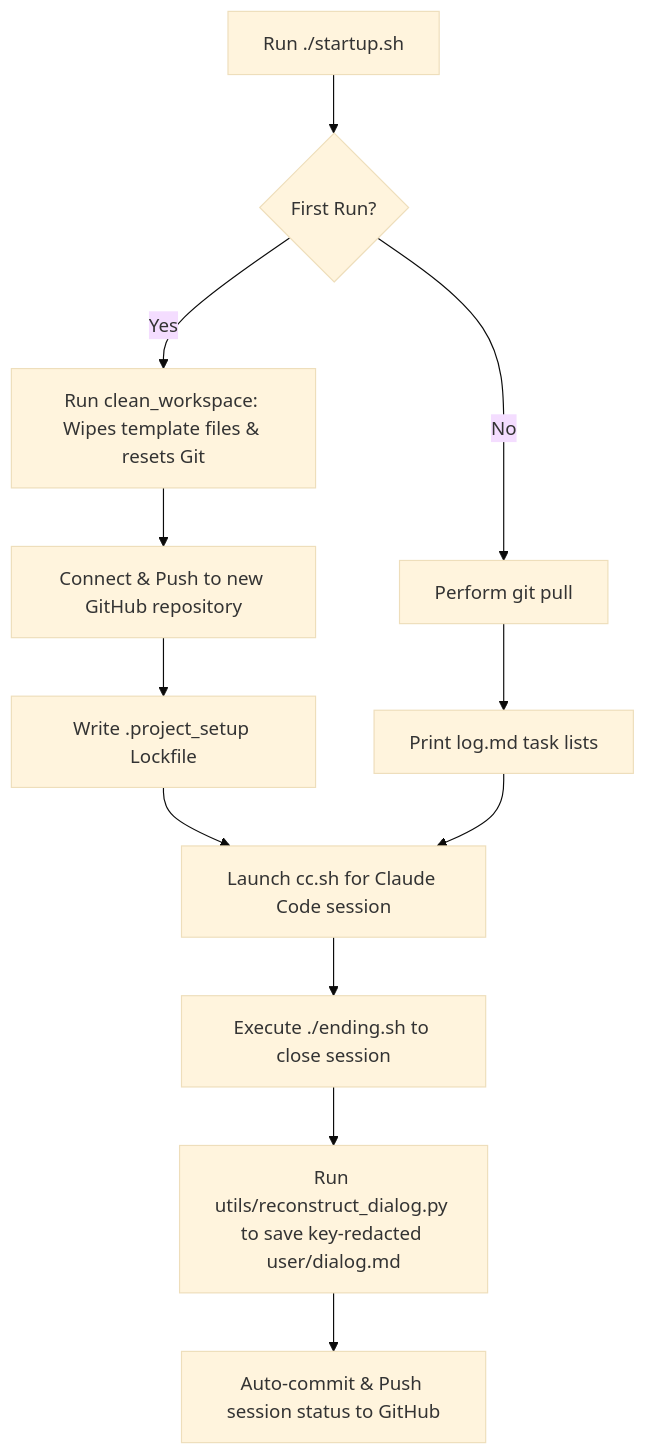
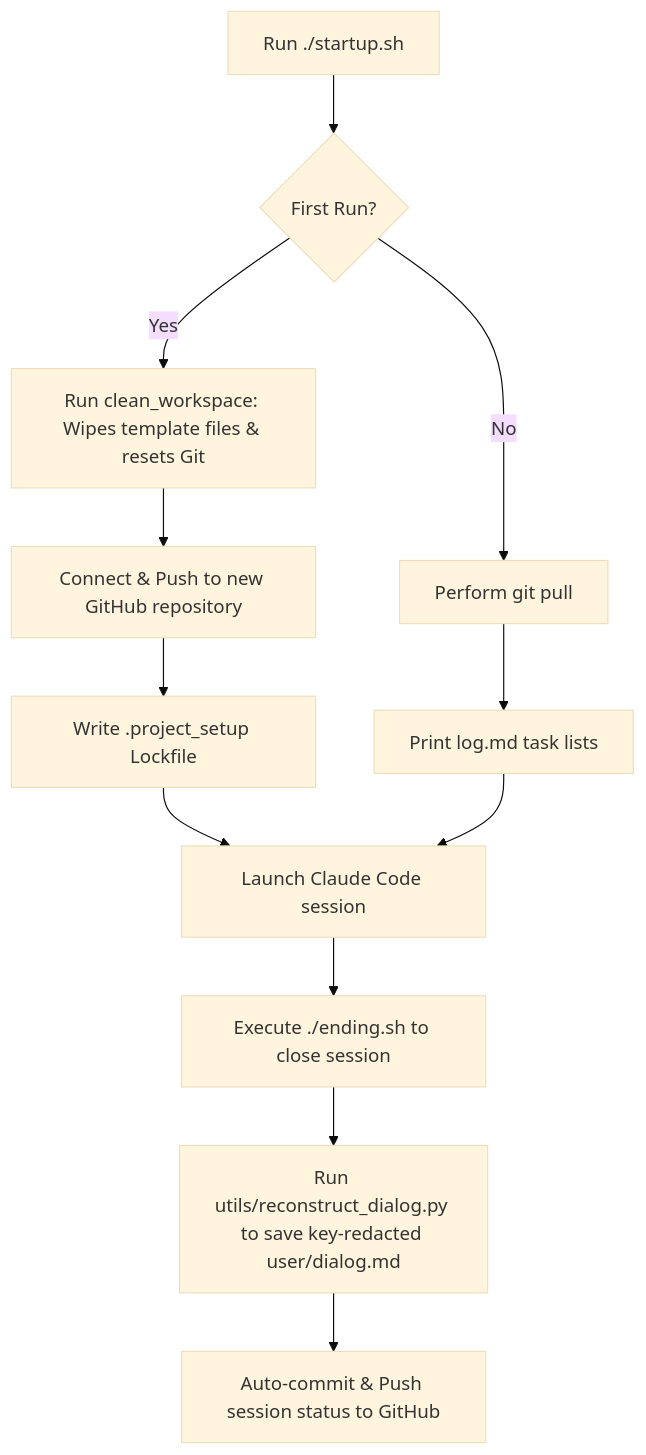
Before and after one commit to huanchen1107/2026Remotion_test: the diagram in README.md, drawn with Mermaid (base theme). The commit also changed other lines of this file and 4 other files, not shown here.

````diff
--- a/README.md
+++ b/README.md
@@ -18,14 +18,14 @@
 ```mermaid
 graph TD
     A[Run ./startup.sh] --> B{First Run?}
     B -- Yes --> C[Run clean_workspace: Wipes template files & resets Git]
     C --> D[Connect & Push to new GitHub repository]
     D --> E[Write .project_setup Lockfile]
     B -- No --> F[Perform git pull]
     F --> G[Print log.md task lists]
-    E --> H[Launch cc.sh for Claude Code session]
+    E --> H[Launch Claude Code session]
     G --> H
     H --> I[Execute ./ending.sh to close session]
     I --> J[Run utils/reconstruct_dialog.py to save key-redacted user/dialog.md]
     J --> K[Auto-commit & Push session status to GitHub]
 ```
````
